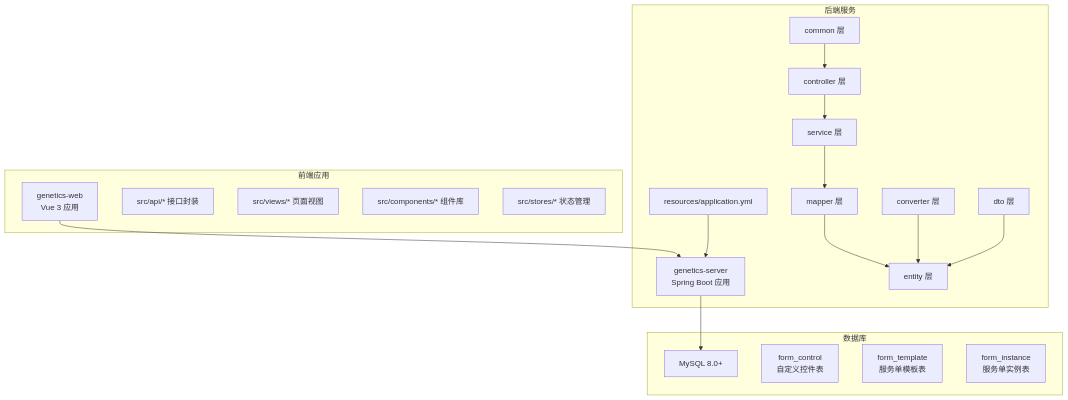
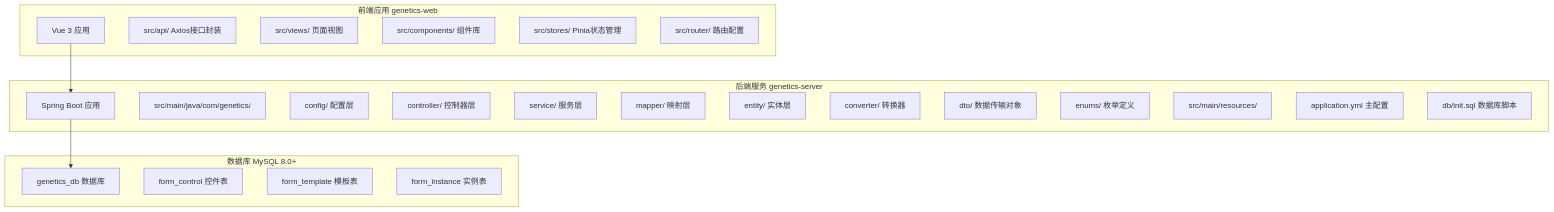
One commit to NJMrLi/genetics changed the first of 5 diagrams in .qoder/repowiki/zh/content/部署配置指南/部署配置指南.md. Above: the diagram before and after it, drawn with Mermaid. The commit also changed other lines of this file and 152 other files, not shown here.

````diff
--- a/.qoder/repowiki/zh/content/部署配置指南/部署配置指南.md
+++ b/.qoder/repowiki/zh/content/部署配置指南/部署配置指南.md
@@ -26,36 +45,34 @@
 ```mermaid
 graph TB
-subgraph "后端服务"
-A["genetics-server<br/>Spring Boot 应用"]
-A1["controller 层"]
-A2["service 层"]
-A3["mapper 层"]
-A4["entity 层"]
-A5["converter 层"]
-A6["dto 层"]
-A7["common 层"]
-A8["resources/application.yml"]
+subgraph "后端服务 genetics-server"
+A["Spring Boot 应用"]
+A1["src/main/java/com/genetics/"]
+A11["config/ 配置层"]
+A12["controller/ 控制器层"]
+A13["service/ 服务层"]
+A14["mapper/ 映射层"]
+A15["entity/ 实体层"]
+A16["converter/ 转换器"]
+A17["dto/ 数据传输对象"]
+A18["enums/ 枚举定义"]
+A2["src/main/resources/"]
+A21["application.yml 主配置"]
+A22["db/init.sql 数据库脚本"]
 end
-subgraph "前端应用"
-B["genetics-web<br/>Vue 3 应用"]
-B1["src/api/* 接口封装"]
-B2["src/views/* 页面视图"]
-B3["src/components/* 组件库"]
-B4["src/stores/* 状态管理"]
+subgraph "前端应用 genetics-web"
+B["Vue 3 应用"]
+B1["src/api/ Axios接口封装"]
+B2["src/views/ 页面视图"]
+B3["src/components/ 组件库"]
+B4["src/stores/ Pinia状态管理"]
+B5["src/router/ 路由配置"]
 end
-subgraph "数据库"
-D["MySQL 8.0+"]
-D1["form_control<br/>自定义控件表"]
-D2["form_template<br/>服务单模板表"]
-D3["form_instance<br/>服务单实例表"]
+subgraph "数据库 MySQL 8.0+"
+D["genetics_db 数据库"]
+D1["form_control 控件表"]
+D2["form_template 模板表"]
+D3["form_instance 实例表"]
 end
 B --> A
 A --> D
-A1 --> A2
-A2 --> A3
-A3 --> A4
-A5 --> A4
-A6 --> A4
-A7 --> A1
-A8 --> A
 ```
````
